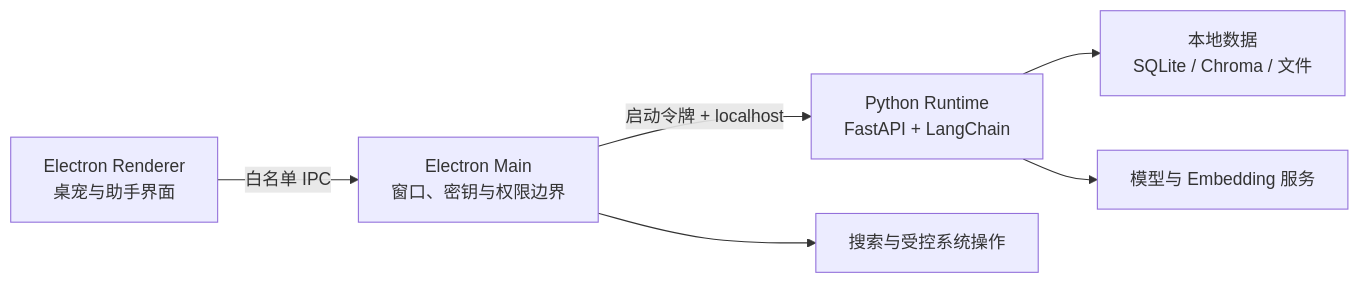
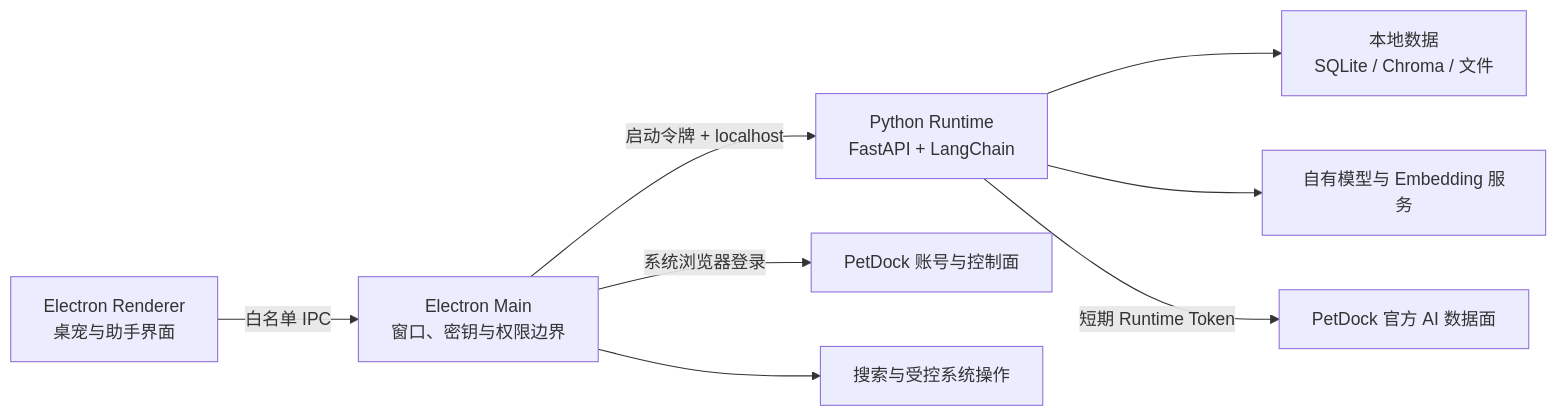
One commit to xrrii/desktop-pet changed the diagram in README.md. Above: the diagram before and after it, drawn with Mermaid. The commit also changed other lines of this file, not shown here.

````diff
--- a/README.md
+++ b/README.md
@@ -48,8 +70,10 @@
 ```mermaid
 flowchart LR
     UI["Electron Renderer<br/>桌宠与助手界面"] -->|"白名单 IPC"| Main["Electron Main<br/>窗口、密钥与权限边界"]
     Main -->|"启动令牌 + localhost"| Runtime["Python Runtime<br/>FastAPI + LangChain"]
     Runtime --> Local["本地数据<br/>SQLite / Chroma / 文件"]
-    Runtime --> Model["模型与 Embedding 服务"]
+    Runtime --> BYOK["自有模型与 Embedding 服务"]
+    Runtime -->|"短期 Runtime Token"| Managed["PetDock 官方 AI 数据面"]
+    Main -->|"系统浏览器登录"| Account["PetDock 账号与控制面"]
     Main --> Web["搜索与受控系统操作"]
 ```
````
